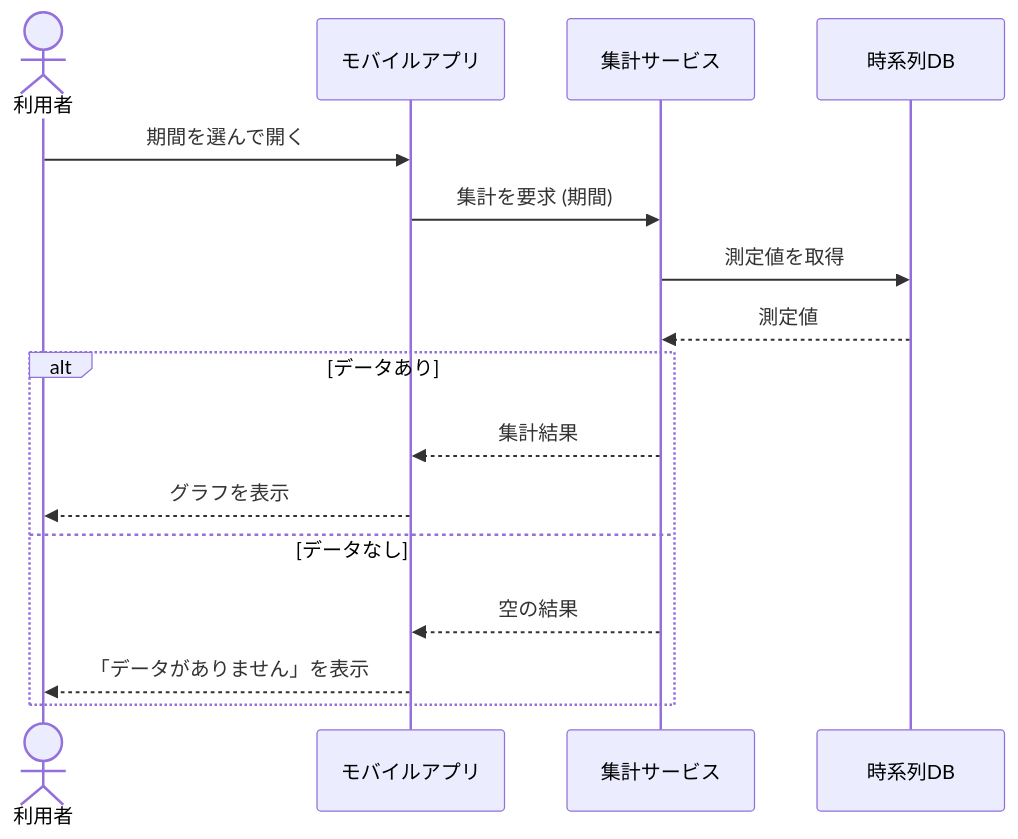
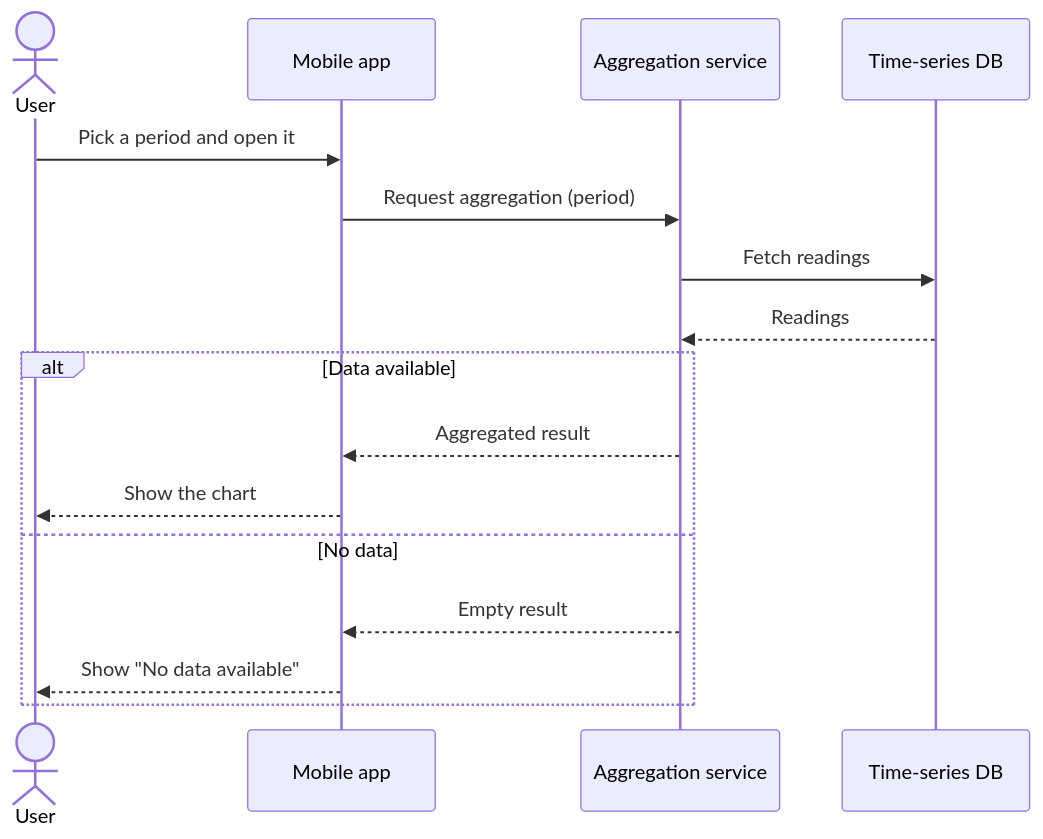
The fourth of 4 diagrams in plugin-task-loop/skills/spec-execute/references/diagram-templates.md (alphaelements/handoff-mcp), drawn with Mermaid before and after one commit. The commit also changed other lines of this file and 17 other files, not shown here.

````diff
--- a/plugin-task-loop/skills/spec-execute/references/diagram-templates.md
+++ b/plugin-task-loop/skills/spec-execute/references/diagram-templates.md
@@ -119,19 +120,19 @@
 ```mermaid
 sequenceDiagram
-  actor U as 利用者
-  participant UI as モバイルアプリ
-  participant SVC as 集計サービス
-  participant DB as 時系列DB
+  actor U as User
+  participant UI as Mobile app
+  participant SVC as Aggregation service
+  participant DB as Time-series DB
 
-  U->>UI: 期間を選んで開く
-  UI->>SVC: 集計を要求 (期間)
-  SVC->>DB: 測定値を取得
-  DB-->>SVC: 測定値
-  alt データあり
-    SVC-->>UI: 集計結果
-    UI-->>U: グラフを表示
-  else データなし
-    SVC-->>UI: 空の結果
-    UI-->>U: 「データがありません」を表示
+  U->>UI: Pick a period and open it
+  UI->>SVC: Request aggregation (period)
+  SVC->>DB: Fetch readings
+  DB-->>SVC: Readings
+  alt Data available
+    SVC-->>UI: Aggregated result
+    UI-->>U: Show the chart
+  else No data
+    SVC-->>UI: Empty result
+    UI-->>U: Show "No data available"
   end
 ```
````
